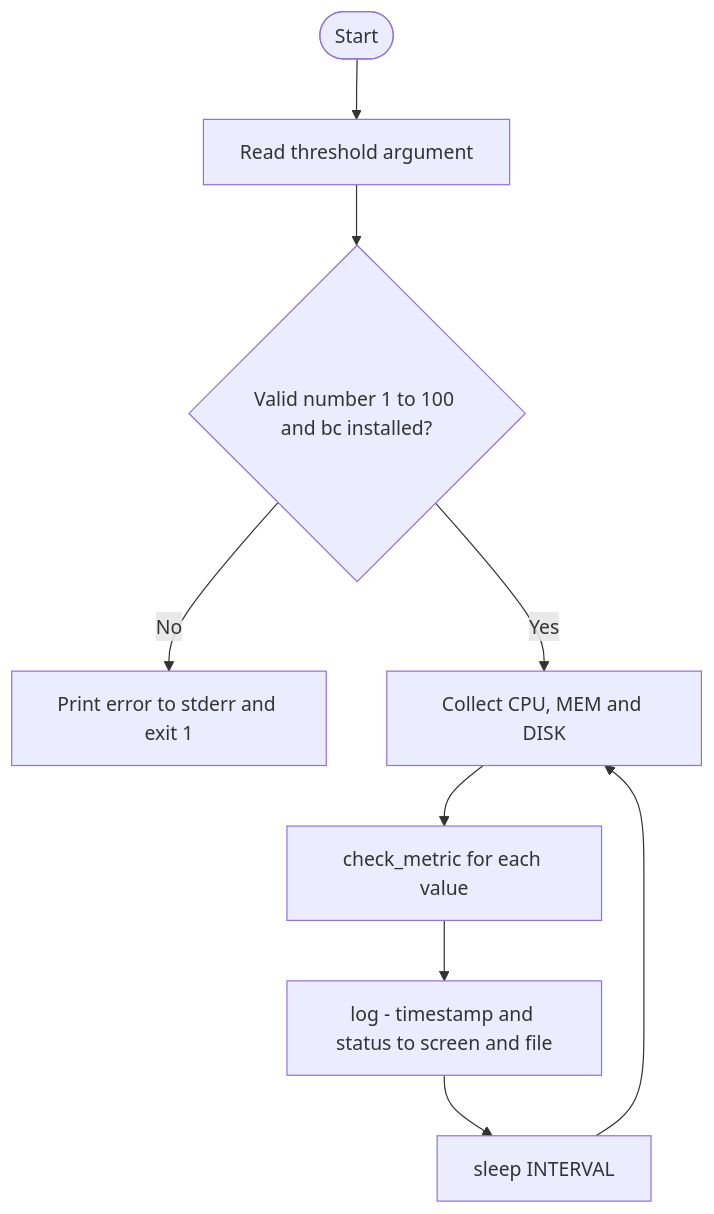
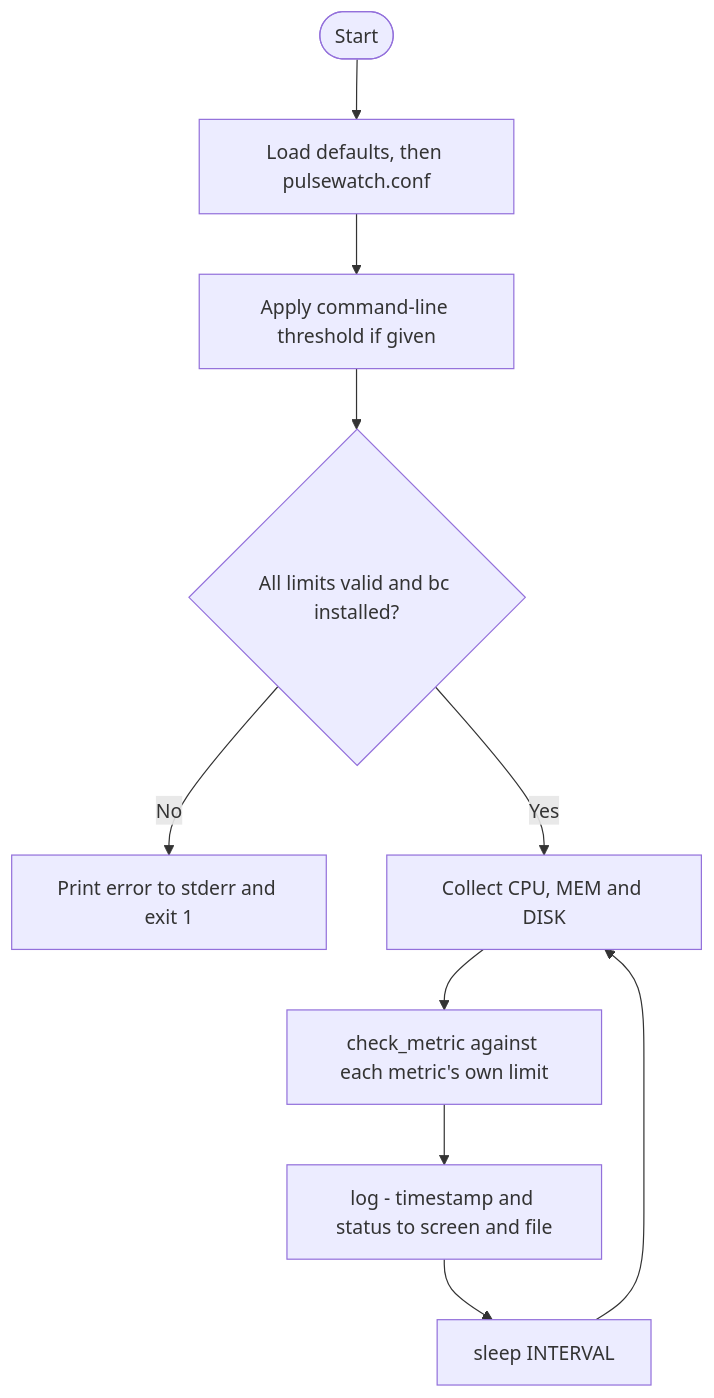
One commit to Maryam-Ikhlaq-se/pulse-watch changed the diagram in README.md. Above: the diagram before and after it, drawn with Mermaid. The commit also changed other lines of this file, not shown here.

````diff
--- a/README.md
+++ b/README.md
@@ -121,11 +146,12 @@
 ```mermaid
 flowchart TD
-    A(["Start"]) --> B["Read threshold argument"]
-    B --> C{"Valid number 1 to 100 and bc installed?"}
-    C -->|No| D["Print error to stderr and exit 1"]
-    C -->|Yes| E["Collect CPU, MEM and DISK"]
-    E --> F["check_metric for each value"]
-    F --> G["log - timestamp and status to screen and file"]
-    G --> H["sleep INTERVAL"]
-    H --> E
+    A(["Start"]) --> B["Load defaults, then pulsewatch.conf"]
+    B --> C["Apply command-line threshold if given"]
+    C --> D{"All limits valid and bc installed?"}
+    D -->|No| E["Print error to stderr and exit 1"]
+    D -->|Yes| F["Collect CPU, MEM and DISK"]
+    F --> G["check_metric against each metric's own limit"]
+    G --> H["log - timestamp and status to screen and file"]
+    H --> I["sleep INTERVAL"]
+    I --> F
 ```
````
